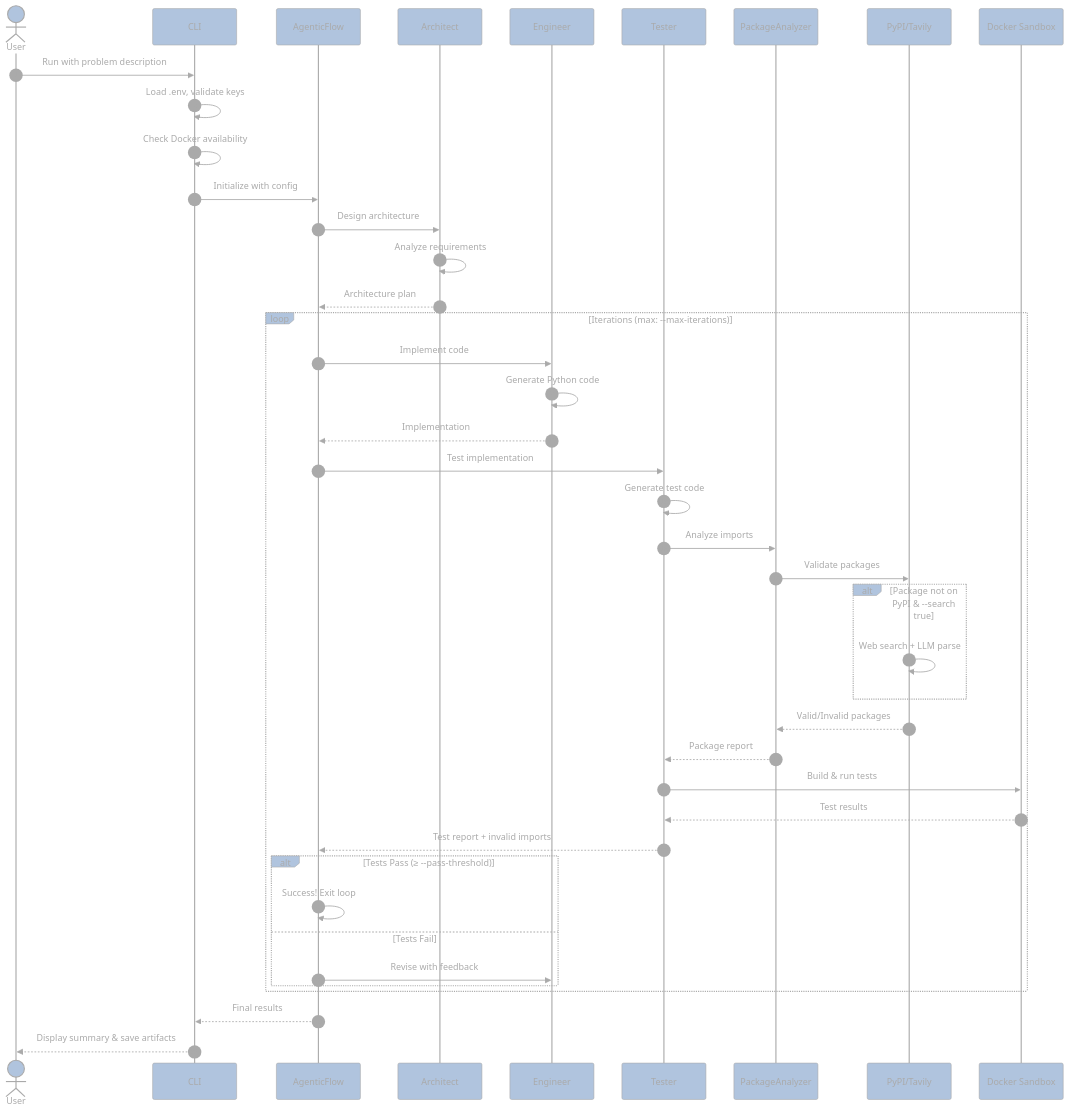
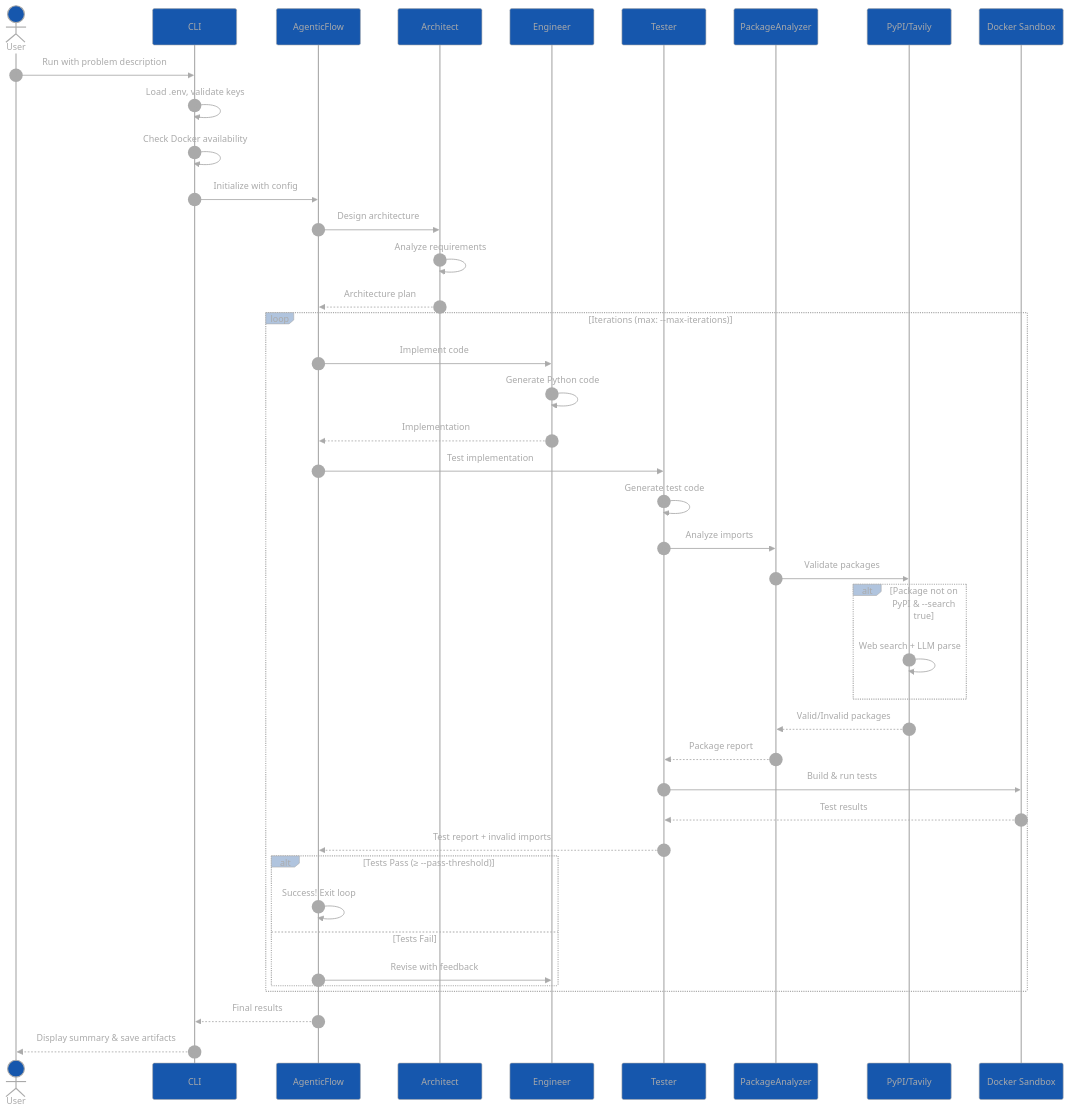
The second of 2 diagrams in README.md (oshea00/codeagents), drawn with Mermaid before and after one commit. The commit also changed 1 other file, not shown here.

Commit message:
activity background color fix

````diff
--- a/README.md
+++ b/README.md
@@ -211,54 +211,54 @@
 ```mermaid
-%%{init: {'theme':'base', 'themeVariables': { 'actorBkg':'#B0C4DE','actorBorder':'#aaa','actorTextColor':'#aaa','actorLineColor':'#aaa','signalColor':'#aaa','signalTextColor':'#aaa','labelBoxBkgColor':'#B0C4DE','labelBoxBorderColor':'#aaa','loopTextColor':'#aaa','activationBorderColor':'#aaa','activationBkgColor':'#B0C4DE','sequenceNumberColor':'#aaa','noteBorderColor':'#aaa'}}}%%
+%%{init: {'theme':'base', 'themeVariables': { 'actorBkg':'#1657AD','actorBorder':'#aaa','actorTextColor':'#aaa','actorLineColor':'#aaa','signalColor':'#aaa','signalTextColor':'#aaa','labelBoxBkgColor':'#B0C4DE','labelBoxBorderColor':'#aaa','loopTextColor':'#aaa','activationBorderColor':'#aaa','activationBkgColor':'#B0C4DE','sequenceNumberColor':'#aaa','noteBorderColor':'#aaa'}}}%%
 sequenceDiagram
     autonumber
     actor User
     participant CLI as CLI
     participant Flow as AgenticFlow
     participant Arch as Architect
     participant Eng as Engineer
     participant Test as Tester
     participant Analyzer as PackageAnalyzer
     participant PyPI as PyPI/Tavily
     participant Docker as Docker Sandbox
 
     User->>CLI: Run with problem description
     CLI->>CLI: Load .env, validate keys
     CLI->>CLI: Check Docker availability
     CLI->>Flow: Initialize with config
 
     Flow->>Arch: Design architecture
     Arch->>Arch: Analyze requirements
     Arch-->>Flow: Architecture plan
 
     loop Iterations (max: --max-iterations)
         Flow->>Eng: Implement code
         Eng->>Eng: Generate Python code
         Eng-->>Flow: Implementation
 
         Flow->>Test: Test implementation
         Test->>Test: Generate test code
         Test->>Analyzer: Analyze imports
 
         Analyzer->>PyPI: Validate packages
         alt Package not on PyPI & --search true
             PyPI->>PyPI: Web search + LLM parse
         end
         PyPI-->>Analyzer: Valid/Invalid packages
 
         Analyzer-->>Test: Package report
         Test->>Docker: Build & run tests
         Docker-->>Test: Test results
 
         Test-->>Flow: Test report + invalid imports
 
         alt Tests Pass (≥ --pass-threshold)
             Flow->>Flow: Success! Exit loop
         else Tests Fail
             Flow->>Eng: Revise with feedback
         end
     end
 
     Flow-->>CLI: Final results
     CLI-->>User: Display summary & save artifacts
 ```
````
